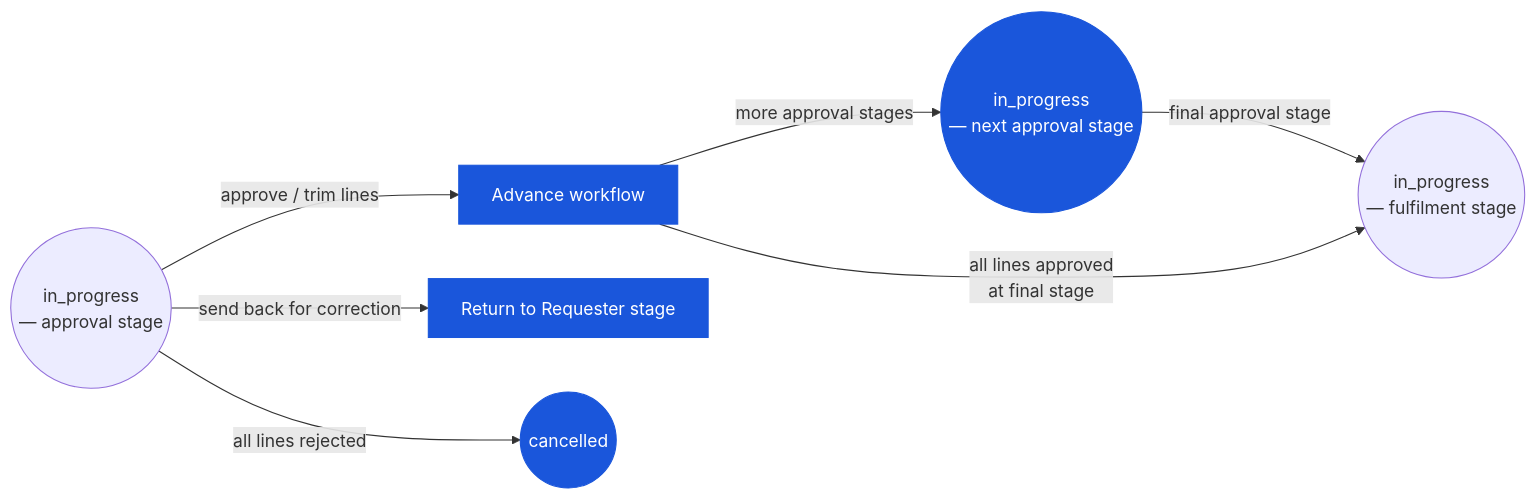
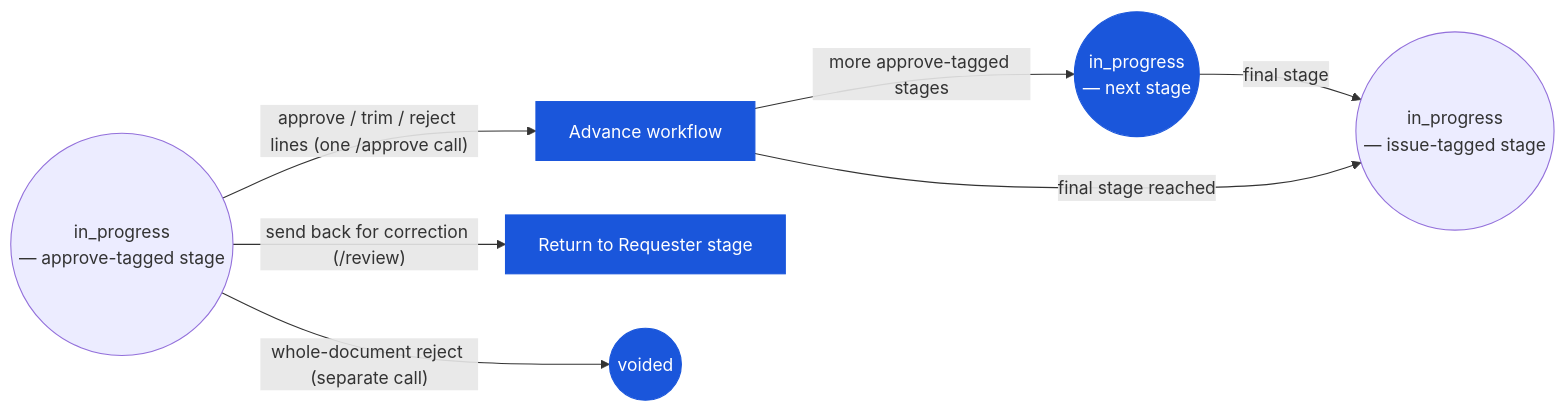
The diagram in en/inventory/store-requisition/03-user-flow-approver.md (CarmenSoftware-organization/carmen-wiki), drawn with Mermaid before and after one commit. The commit also changed other lines of this file and 34 other files, not shown here.

````diff
--- a/en/inventory/store-requisition/03-user-flow-approver.md
+++ b/en/inventory/store-requisition/03-user-flow-approver.md
@@ -23,10 +24,10 @@
 ```mermaid
 graph LR
-    submitted(("in_progress\n— approval stage")) -->|"approve / trim lines"| advance["Advance workflow"]:::current
-    advance -->|"more approval stages"| nextstage(("in_progress\n— next approval stage")):::current
-    nextstage -->|"final approval stage"| fulfil(("in_progress\n— fulfilment stage"))
-    advance -->|"all lines approved\nat final stage"| fulfil
-    submitted -->|"send back for correction"| sendback["Return to Requester stage"]:::current
-    submitted -->|"all lines rejected"| cancelled(("cancelled")):::current
+    submitted(("in_progress\n— approve-tagged stage")) -->|"approve / trim / reject lines (one /approve call)"| advance["Advance workflow"]:::current
+    advance -->|"more approve-tagged stages"| nextstage(("in_progress\n— next stage")):::current
+    nextstage -->|"final stage"| fulfil(("in_progress\n— issue-tagged stage"))
+    advance -->|"final stage reached"| fulfil
+    submitted -->|"send back for correction (/review)"| sendback["Return to Requester stage"]:::current
+    submitted -->|"whole-document reject (separate call)"| voided(("voided")):::current
     classDef current fill:#1a56db,color:#fff,stroke:#1a56db;
 ```
````
